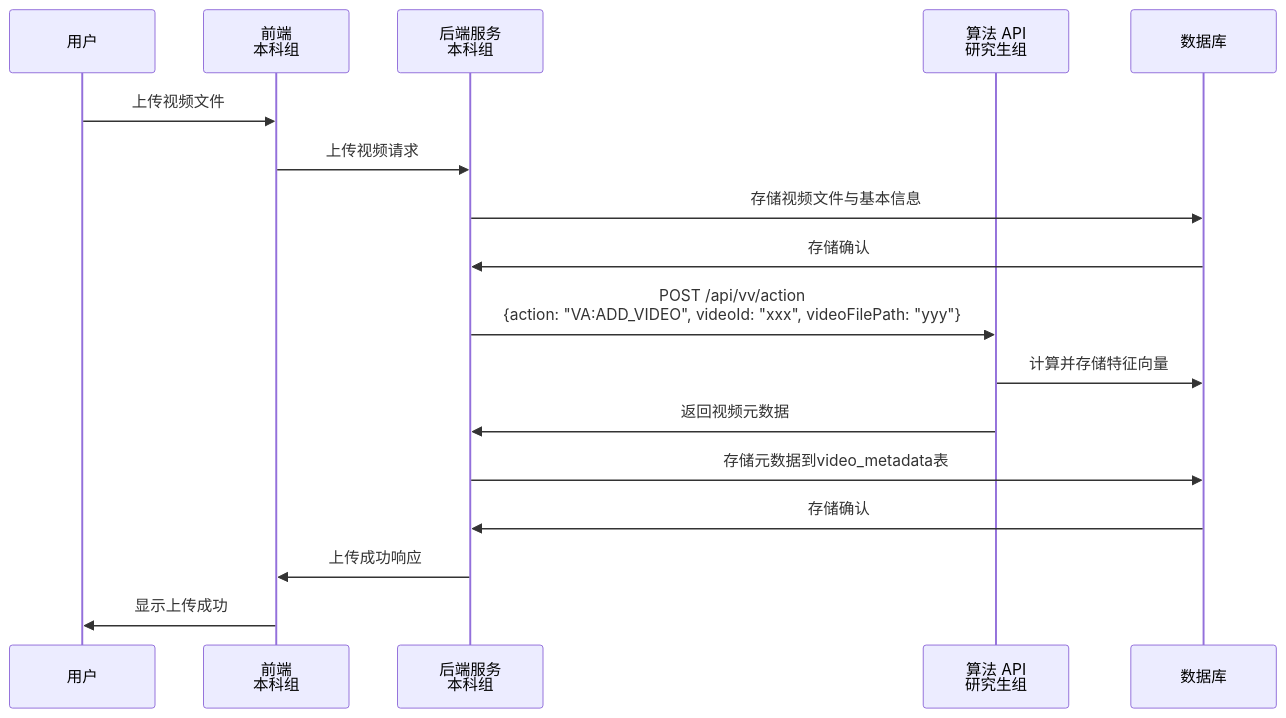
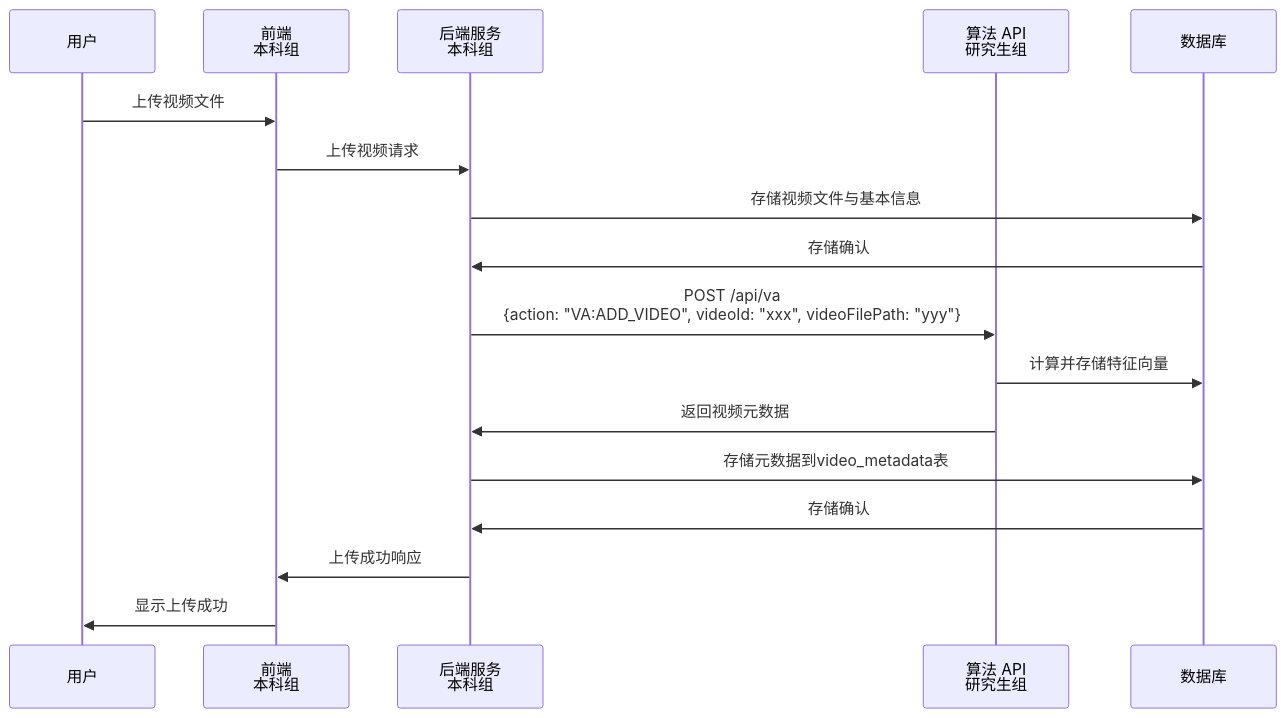
One commit to fssc255/vv_service changed the second of 3 diagrams in Tasks.md. Above: the diagram before and after it, drawn with Mermaid. The commit also changed other lines of this file and 8 other files, not shown here.

````diff
--- a/Tasks.md
+++ b/Tasks.md
@@ -219,21 +219,21 @@
 ```mermaid
 sequenceDiagram
 participant User as 用户
 participant Frontend as 前端<br/>本科组
 participant Backend as 后端服务<br/>本科组
 participant Algorithm as 算法 API<br/>研究生组
 participant DB as 数据库
 
     User->>Frontend: 上传视频文件
     Frontend->>Backend: 上传视频请求
     Backend->>DB: 存储视频文件与基本信息
     DB->>Backend: 存储确认
-    Backend->>Algorithm: POST /api/vv/action<br/>{action: "VA:ADD_VIDEO", videoId: "xxx", videoFilePath: "yyy"}
+    Backend->>Algorithm: POST /api/va<br/>{action: "VA:ADD_VIDEO", videoId: "xxx", videoFilePath: "yyy"}
 
     Algorithm->>DB: 计算并存储特征向量
     Algorithm->>Backend: 返回视频元数据
     Backend->>DB: 存储元数据到video_metadata表
     DB->>Backend: 存储确认
     Backend->>Frontend: 上传成功响应
     Frontend->>User: 显示上传成功
 ```
````
